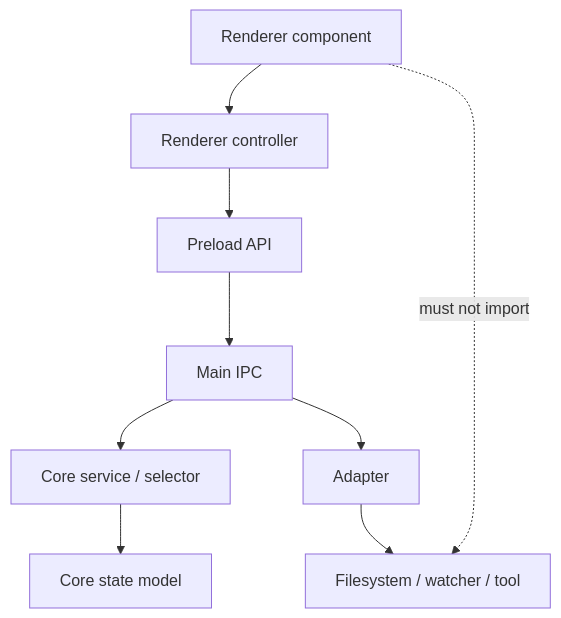
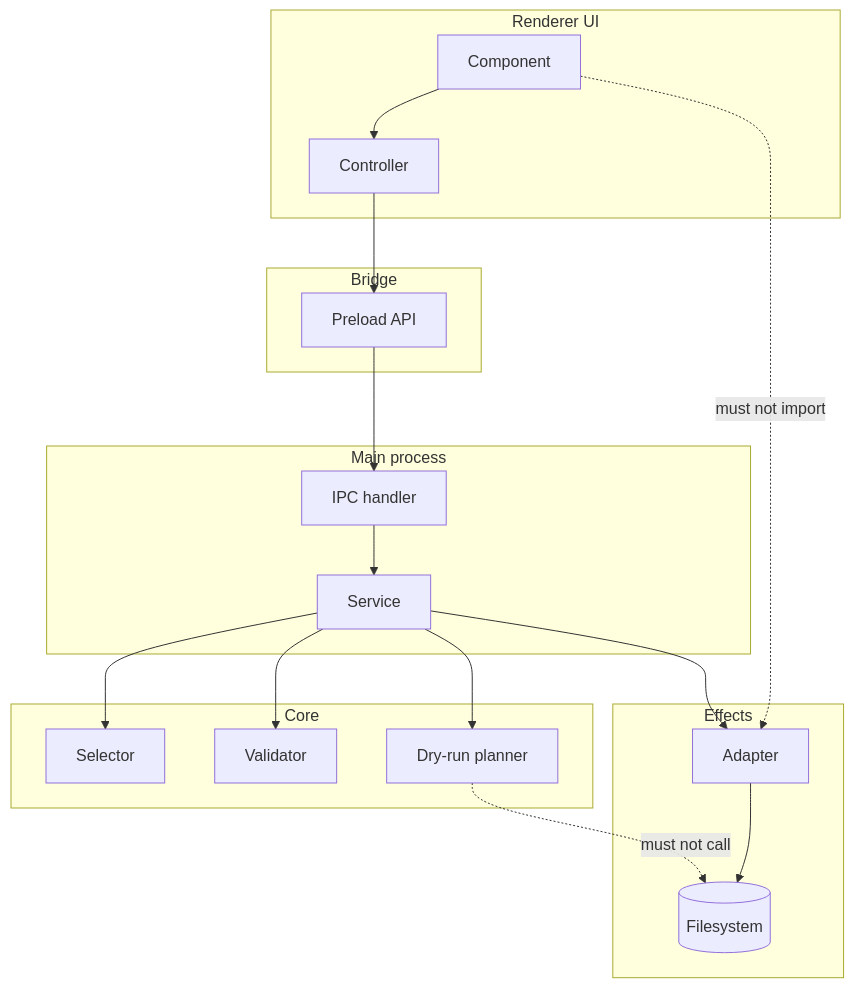
One commit to krestosa/Crystal changed the diagram in docs/architecture/module-boundaries.md. Above: the diagram before and after it, drawn with Mermaid. The commit also changed other lines of this file and 7 other files, not shown here.

Commit message:
Improve architecture docs visual structure

````diff
--- a/docs/architecture/module-boundaries.md
+++ b/docs/architecture/module-boundaries.md
@@ -15,11 +71,35 @@
 ```mermaid
 flowchart TD
-  UI[Renderer component] --> ViewController[Renderer controller]
-  ViewController --> Preload[Preload API]
-  Preload --> MainIPC[Main IPC]
-  MainIPC --> Core[Core service / selector]
-  Core --> State[Core state model]
-  MainIPC --> Adapter[Adapter]
-  Adapter --> Effect[Filesystem / watcher / tool]
-  UI -. must not import .-> Effect
+  subgraph UI[Renderer UI]
+    Component[Component]
+    Controller[Controller]
+  end
+
+  subgraph Bridge[Bridge]
+    Preload[Preload API]
+  end
+
+  subgraph Main[Main process]
+    IPC[IPC handler]
+    Service[Service]
+  end
+
+  subgraph Core[Core]
+    Selector[Selector]
+    Validator[Validator]
+    Planner[Dry-run planner]
+  end
+
+  subgraph Effects[Effects]
+    Adapter[Adapter]
+    FS[(Filesystem)]
+  end
+
+  Component --> Controller --> Preload --> IPC --> Service
+  Service --> Selector
+  Service --> Validator
+  Service --> Planner
+  Service --> Adapter --> FS
+  Component -. must not import .-> Adapter
+  Planner -. must not call .-> FS
 ```
````
